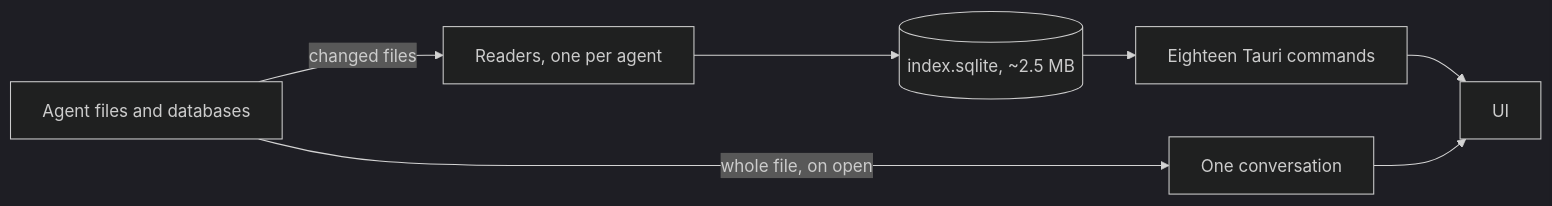
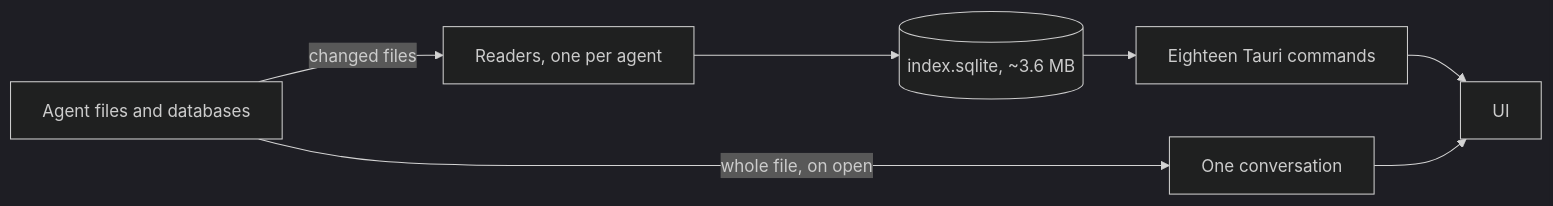
The diagram in docs/README.md (joeychilson/overwatch), drawn with Mermaid (dark theme) before and after one commit. The commit also changed 2 other files, not shown here.

Commit message:
docs(repo): update the measurements and the agents' formats
The measured timings are rerun against this machine's history as it now
stands, 1,187 files and 1,261 sessions, after the readers and the index
were made faster: a slow conversation, the 99th percentile, opens in
about 33 ms rather than 150 to 175 ms, and a page of the list in about
half a millisecond rather than two to four. The index is about 3.6 MB.

The agents' notes now say that Pi writes a tool call's arguments as an
object, and that a Grok session changes with any of its three files,
since its usage and title land after the chat. Adding an agent also
means adding its colour to the share card's palettes.

````diff
--- a/docs/README.md
+++ b/docs/README.md
@@ -25,9 +25,9 @@
 ```mermaid
 flowchart LR
     A[Agent files and databases] -->|changed files| B[Readers, one per agent]
-    B --> C[(index.sqlite, ~2.5 MB)]
+    B --> C[(index.sqlite, ~3.6 MB)]
     C --> D[Eighteen Tauri commands]
     D --> E[UI]
     A -->|whole file, on open| F[One conversation]
     F --> E
 ```
````
